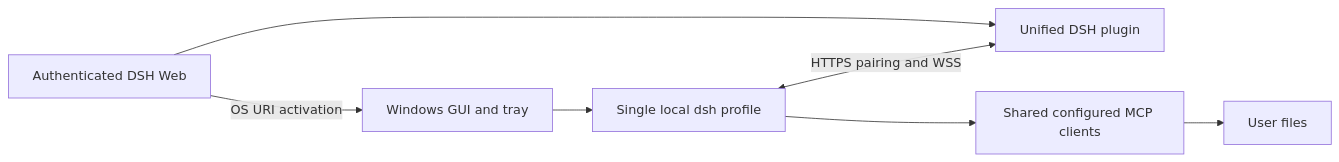
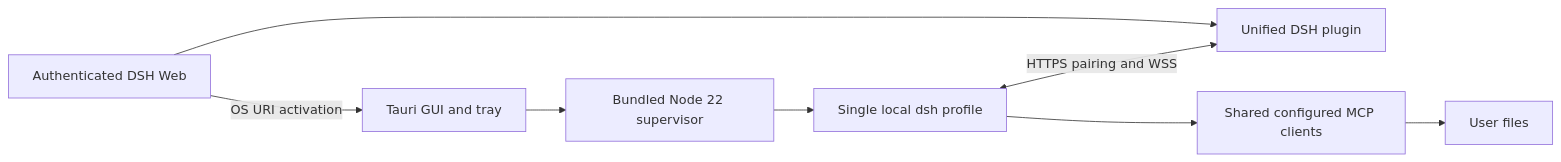
One commit to j-show/dsh-plugin-mcp-proxy changed the diagram in docs/architecture.md. Above: the diagram before and after it, drawn with Mermaid. The commit also changed other lines of this file and 116 other files, not shown here.

````diff
--- a/docs/architecture.md
+++ b/docs/architecture.md
@@ -3,9 +3,10 @@
 ```mermaid
 flowchart LR
   W[Authenticated DSH Web] --> P[Unified DSH plugin]
-  W -->|OS URI activation| G[Windows GUI and tray]
-  G --> L[Single local dsh profile]
+  W -->|OS URI activation| G[Tauri GUI and tray]
+  G --> S[Bundled Node 22 supervisor]
+  S --> L[Single local dsh profile]
   L <-->|HTTPS pairing and WSS| P
   L --> M[Shared configured MCP clients]
   M --> F[User files]
 ```
````
